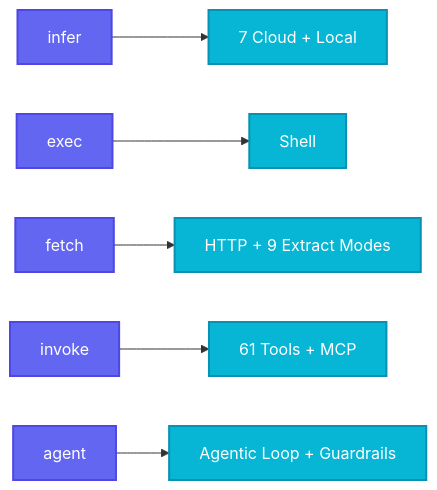
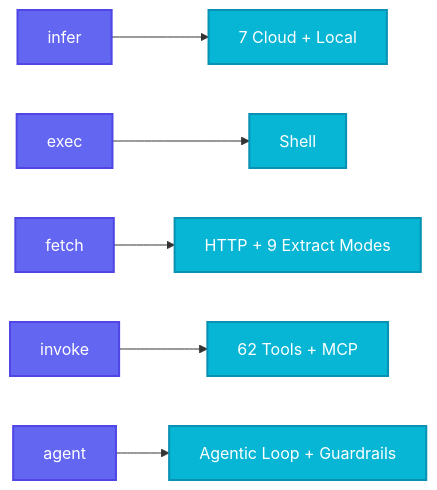
The first of 2 diagrams in README.md (supernovae-st/nika), drawn with Mermaid before and after one commit. The commit also changed other lines of this file and 1 other file, not shown here.

````diff
--- a/README.md
+++ b/README.md
@@ -113,11 +113,11 @@
 ```mermaid
 flowchart LR
     classDef verb fill:#6366f1,stroke:#4f46e5,stroke-width:2px,color:#fff
     classDef target fill:#06b6d4,stroke:#0891b2,stroke-width:2px,color:#fff
 
     INFER[infer]:::verb --> LLM["7 Cloud + Local"]:::target
     EXEC[exec]:::verb --> SHELL[Shell]:::target
     FETCH[fetch]:::verb --> HTTP["HTTP + 9 Extract Modes"]:::target
-    INVOKE[invoke]:::verb --> TOOLS["61 Tools + MCP"]:::target
+    INVOKE[invoke]:::verb --> TOOLS["62 Tools + MCP"]:::target
     AGENT[agent]:::verb --> LOOP["Agentic Loop + Guardrails"]:::target
 ```
````
